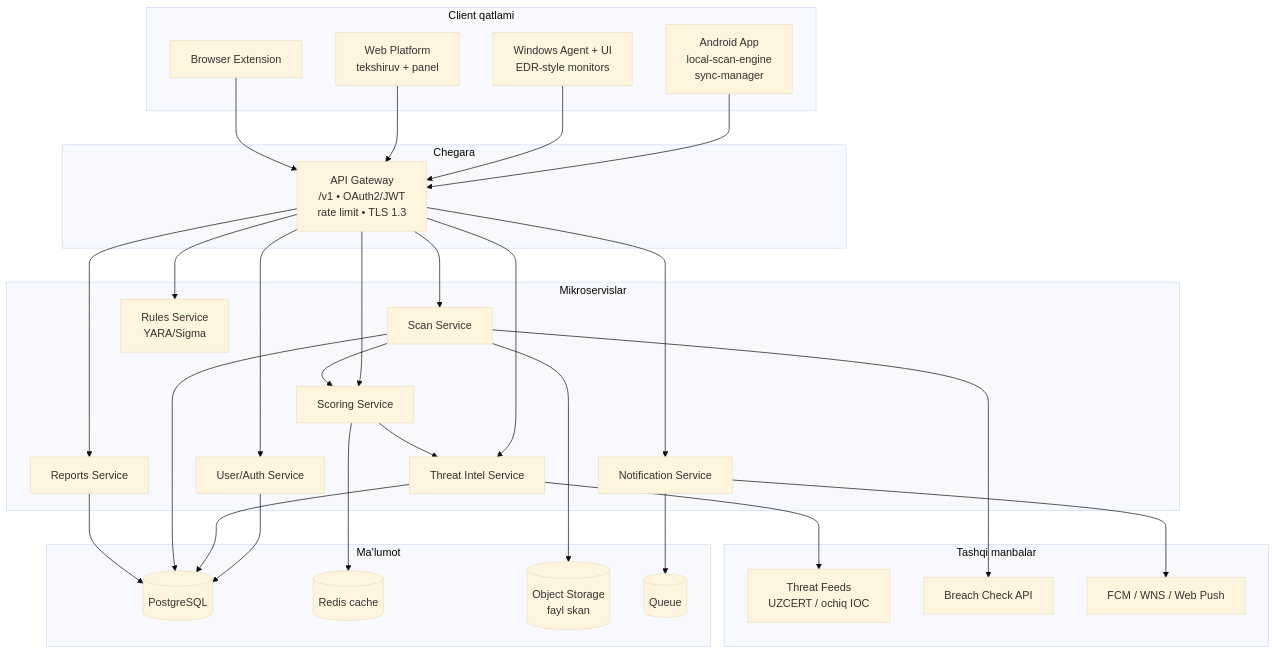
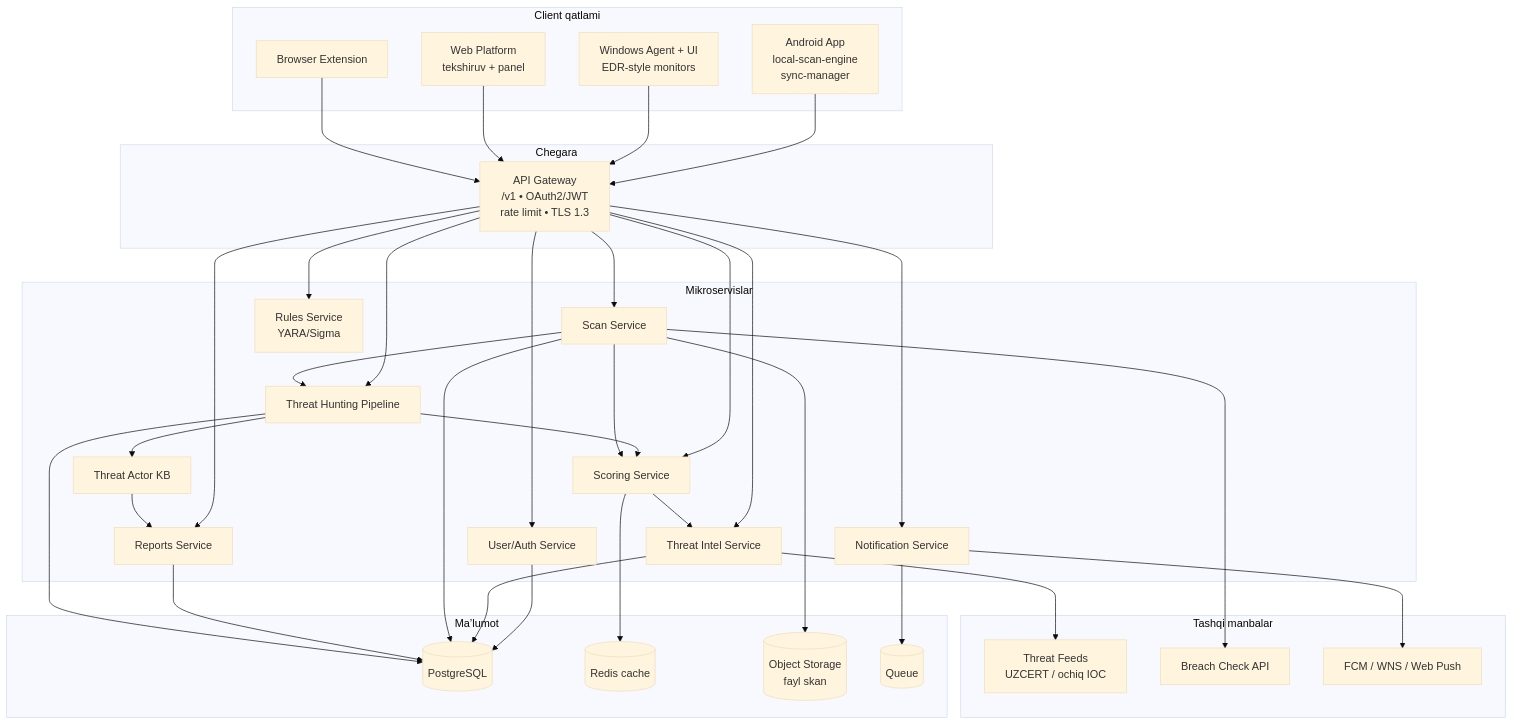
One commit to Kamol0303/CYBERHIMOYA changed the first of 3 diagrams in docs/cyber-guardian-ai/sdd/01-system-architecture.md. Above: the diagram before and after it, drawn with Mermaid (base theme). The commit also changed other lines of this file and 15 other files, not shown here.

````diff
--- a/docs/cyber-guardian-ai/sdd/01-system-architecture.md
+++ b/docs/cyber-guardian-ai/sdd/01-system-architecture.md
@@ -16,60 +16,68 @@
 ```mermaid
 flowchart TB
   subgraph Clients["Client qatlami"]
     AND["Android App\nlocal-scan-engine\nsync-manager"]
     WIN["Windows Agent + UI\nEDR-style monitors"]
     WEB["Web Platform\ntekshiruv + panel"]
     EXT["Browser Extension"]
   end
 
   subgraph Edge["Chegara"]
     GW["API Gateway\n/v1 • OAuth2/JWT\nrate limit • TLS 1.3"]
   end
 
   subgraph Services["Mikroservislar"]
     AUTH["User/Auth Service"]
     TI["Threat Intel Service"]
     SCAN["Scan Service"]
     SCORE["Scoring Service"]
     NOTIF["Notification Service"]
     RPT["Reports Service"]
     RULE["Rules Service\nYARA/Sigma"]
+    HUNT["Threat Hunting Pipeline"]
+    TAKB["Threat Actor KB"]
   end
 
   subgraph Data["Ma’lumot"]
     PG[("PostgreSQL")]
     REDIS[("Redis cache")]
     OBJ[("Object Storage\nfayl skan")]
     Q[("Queue")]
   end
 
   subgraph External["Tashqi manbalar"]
     FEEDS["Threat Feeds\nUZCERT / ochiq IOC"]
     BREACH["Breach Check API"]
     PUSH["FCM / WNS / Web Push"]
   end
 
   AND --> GW
   WIN --> GW
   WEB --> GW
   EXT --> GW
   GW --> AUTH
   GW --> TI
   GW --> SCAN
   GW --> SCORE
   GW --> NOTIF
   GW --> RPT
   GW --> RULE
+  GW --> HUNT
+  SCAN --> HUNT
+  HUNT --> TAKB
+  HUNT --> SCORE
+  TAKB --> RPT
   TI --> FEEDS
   SCAN --> OBJ
   SCAN --> SCORE
   SCORE --> TI
   AUTH --> PG
   TI --> PG
   SCAN --> PG
   SCORE --> REDIS
   NOTIF --> PUSH
   NOTIF --> Q
   RPT --> PG
   SCAN --> BREACH
+  HUNT --> PG
 ```
````
